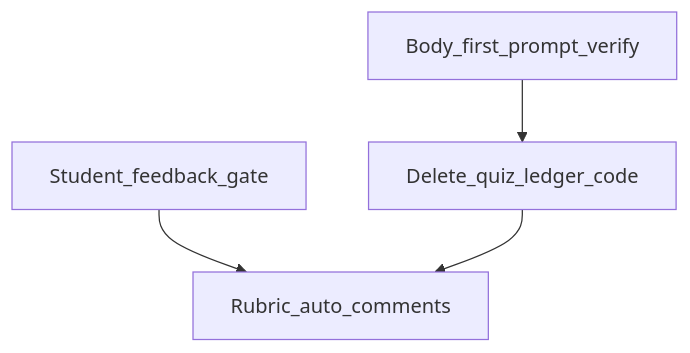
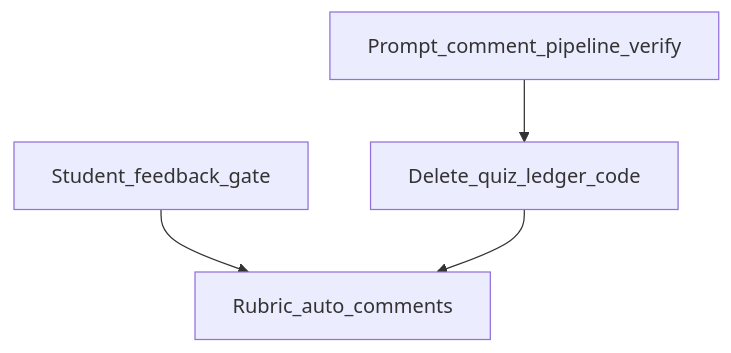
One commit to whitneyscott/FlowStateASL changed the diagram in .cursor/plans/active/student_feedback_and_attempts_d6a9ac51.plan.md. Above: the diagram before and after it, drawn with Mermaid. The commit also changed other lines of this file, not shown here.

First line of the commit message:
docs(plan): drop submission-body prompt storage from student feedback plan

````diff
--- a/.cursor/plans/active/student_feedback_and_attempts_d6a9ac51.plan.md
+++ b/.cursor/plans/active/student_feedback_and_attempts_d6a9ac51.plan.md
@@ -167,11 +165,11 @@
 ```mermaid
 flowchart TD
-  p3[Body_first_prompt_verify]
+  p3[Prompt_comment_pipeline_verify]
   p1[Delete_quiz_ledger_code]
   p2[Student_feedback_gate]
   p4[Rubric_auto_comments]
 
   p3 --> p1
   p2 --> p4
   p1 --> p4
 ```
````
